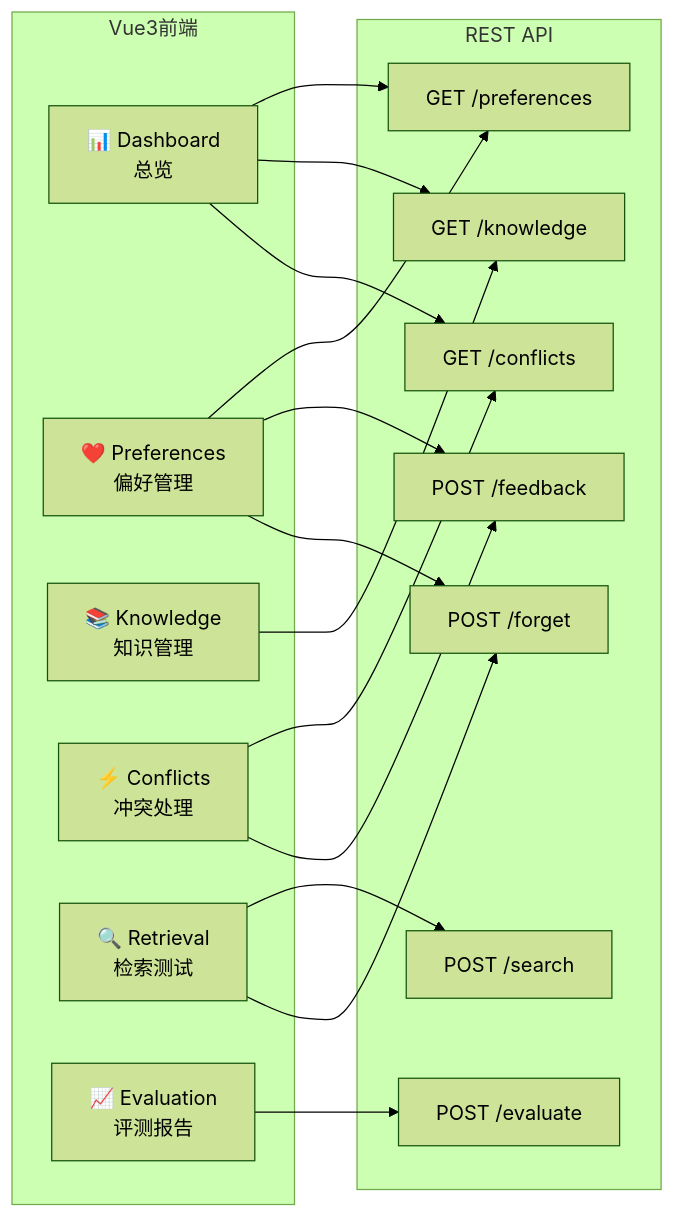
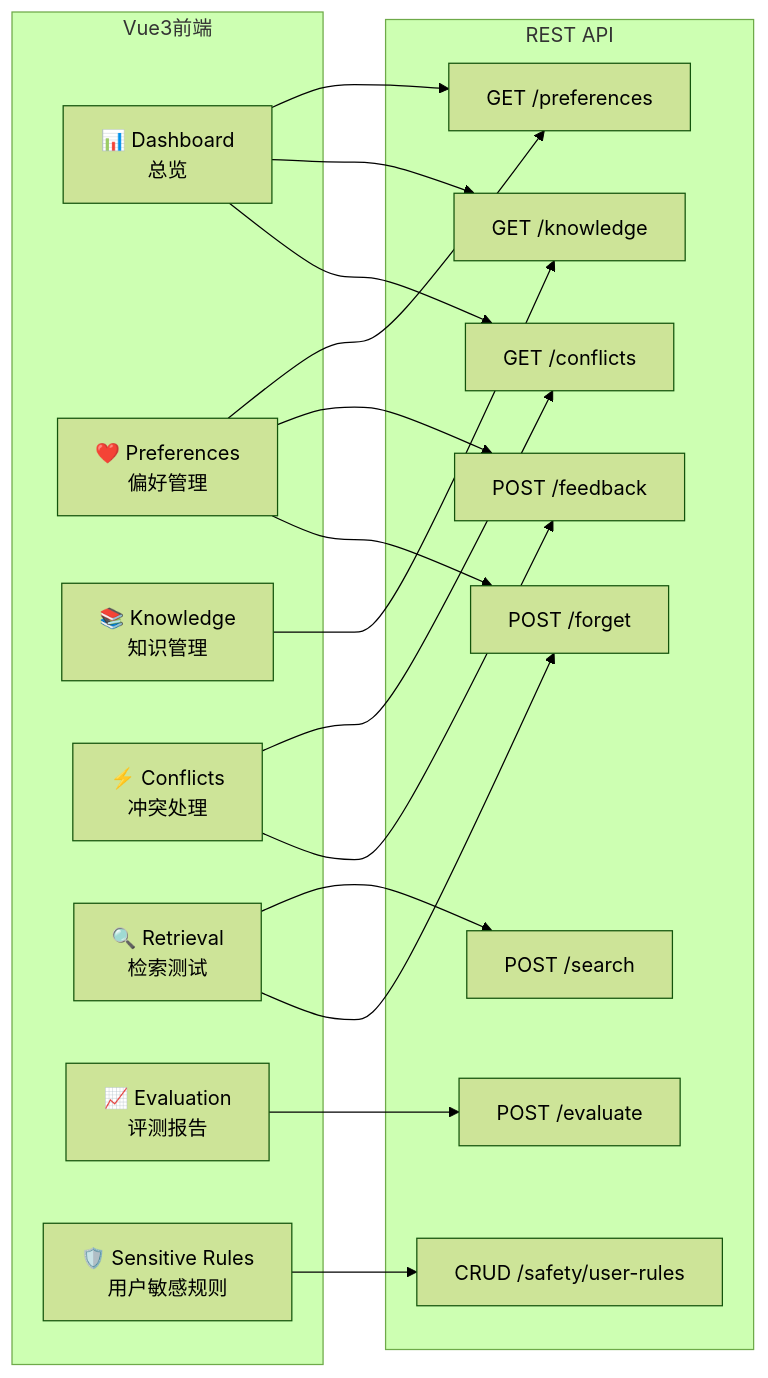
Before and after one commit to pyzw618/XA202612-2: diagram 11 of 11 in docs/ARCHITECTURE.md, drawn with Mermaid (forest theme). The commit also changed other lines of this file and 20 other files, not shown here.

````diff
--- a/docs/ARCHITECTURE.md
+++ b/docs/ARCHITECTURE.md
@@ -544,34 +547,37 @@
 ```mermaid
 graph LR
     subgraph Vue3前端
         P1["📊 Dashboard<br/>总览"]
         P2["❤️ Preferences<br/>偏好管理"]
         P3["📚 Knowledge<br/>知识管理"]
         P4["⚡ Conflicts<br/>冲突处理"]
         P5["🔍 Retrieval<br/>检索测试"]
         P6["📈 Evaluation<br/>评测报告"]
+        P7["🛡️ Sensitive Rules<br/>用户敏感规则"]
     end
 
     subgraph REST API
         A1["GET /preferences"]
         A2["GET /knowledge"]
         A3["GET /conflicts"]
         A4["POST /search"]
         A5["POST /evaluate"]
         A6["POST /forget"]
         A7["POST /feedback"]
+        A8["CRUD /safety/user-rules"]
     end
 
     P1 --> A1
     P1 --> A2
     P1 --> A3
     P2 --> A1
     P2 --> A7
     P2 --> A6
     P3 --> A2
     P4 --> A3
     P4 --> A7
     P5 --> A4
     P5 --> A6
     P6 --> A5
+    P7 --> A8
 ```
````
